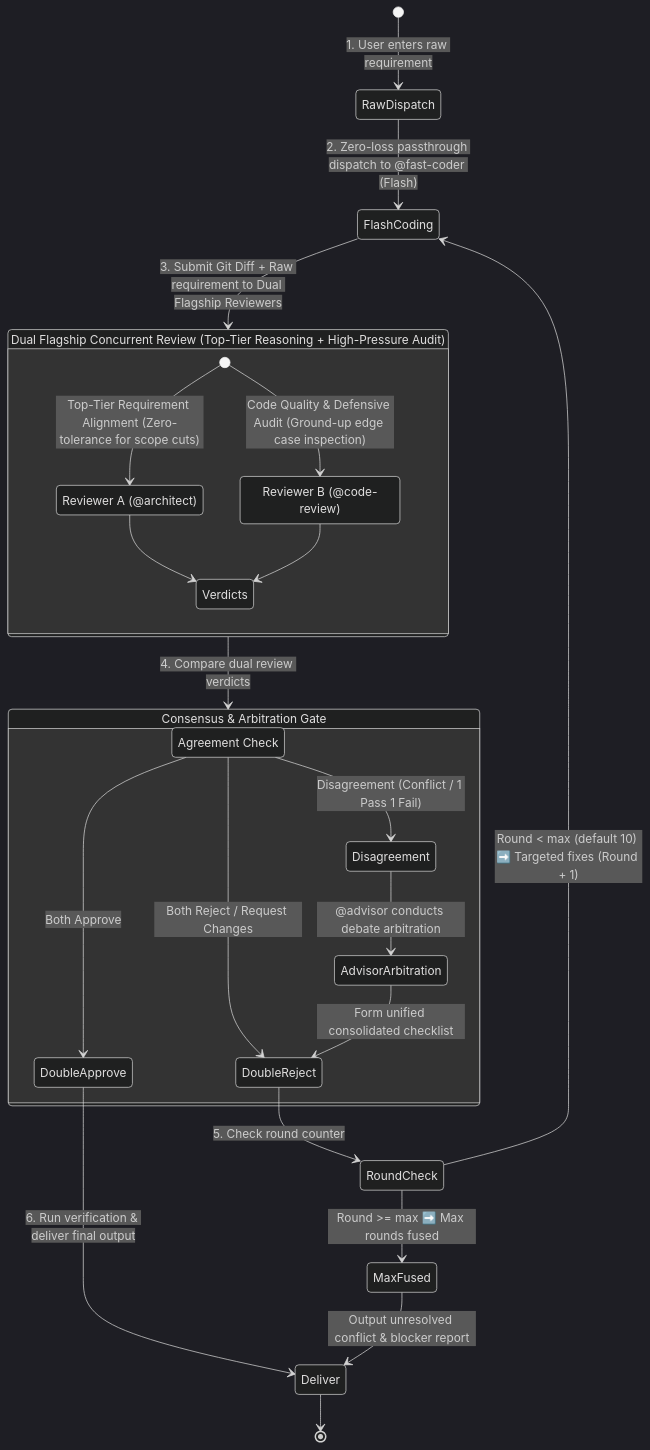
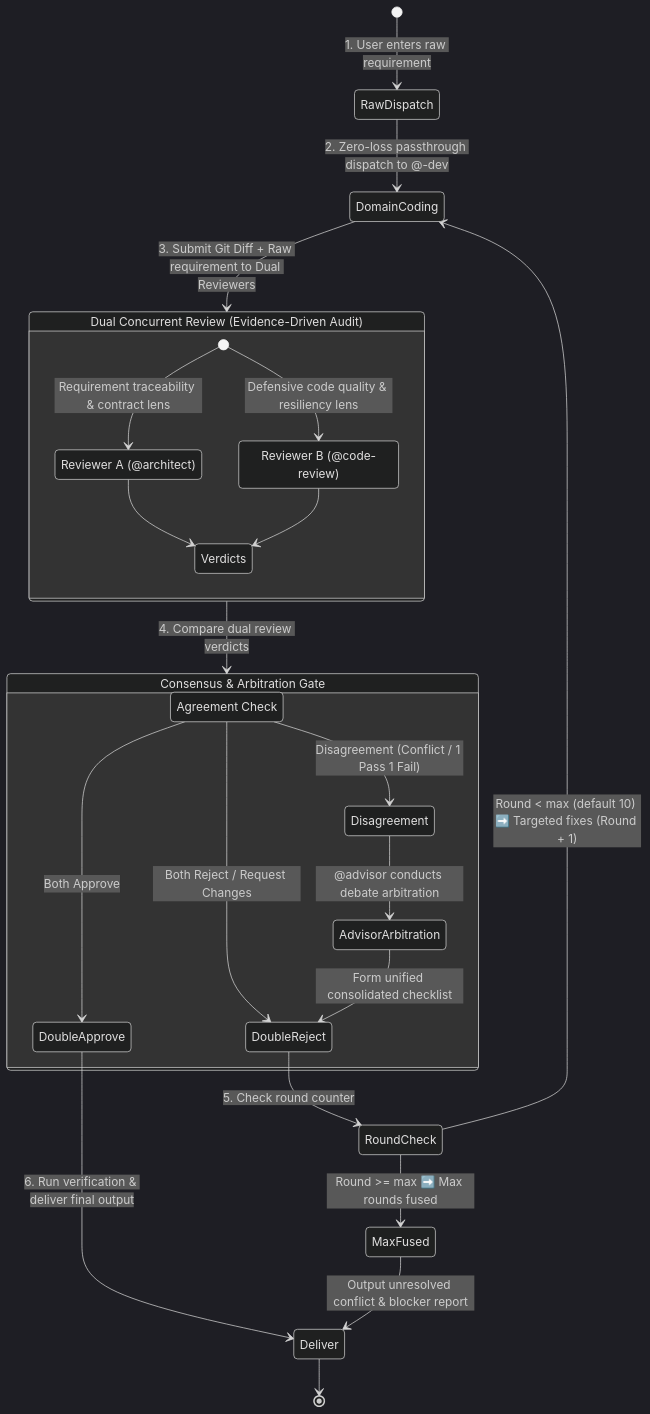
Before and after one commit to kenlin8827/opencode-config: the diagram in plugins/deep-dev/deep-dev.md, drawn with Mermaid (dark theme). The commit also changed other lines of this file and 40 other files, not shown here.

````diff
--- a/plugins/deep-dev/deep-dev.md
+++ b/plugins/deep-dev/deep-dev.md
@@ -11,34 +11,34 @@
 ```mermaid
 stateDiagram-v2
     [*] --> RawDispatch: 1. User enters raw requirement
-    RawDispatch --> FlashCoding: 2. Zero-loss passthrough dispatch to @fast-coder (Flash)
-    FlashCoding --> DualReview: 3. Submit Git Diff + Raw requirement to Dual Flagship Reviewers
+    RawDispatch --> DomainCoding: 2. Zero-loss passthrough dispatch to @<lang>-dev
+    DomainCoding --> DualReview: 3. Submit Git Diff + Raw requirement to Dual Reviewers
     
-    state "Dual Flagship Concurrent Review (Top-Tier Reasoning + High-Pressure Audit)" as DualReview {
+    state "Dual Concurrent Review (Evidence-Driven Audit)" as DualReview {
         state "Reviewer A (@architect)" as RevA
         state "Reviewer B (@code-review)" as RevB
-        [*] --> RevA: Top-Tier Requirement Alignment (Zero-tolerance for scope cuts)
-        [*] --> RevB: Code Quality & Defensive Audit (Ground-up edge case inspection)
+        [*] --> RevA: Requirement traceability & contract lens
+        [*] --> RevB: Defensive code quality & resiliency lens
         RevA --> Verdicts
         RevB --> Verdicts
     }
     
     DualReview --> ConsensusGate: 4. Compare dual review verdicts
     
     state "Consensus & Arbitration Gate" as ConsensusGate {
         state "Agreement Check" as AgreementCheck
         AgreementCheck --> DoubleApprove: Both Approve
         AgreementCheck --> DoubleReject: Both Reject / Request Changes
         AgreementCheck --> Disagreement: Disagreement (Conflict / 1 Pass 1 Fail)
         Disagreement --> AdvisorArbitration: @advisor conducts debate arbitration
         AdvisorArbitration --> DoubleReject: Form unified consolidated checklist
     }
     
     DoubleReject --> RoundCheck: 5. Check round counter
-    RoundCheck --> FlashCoding: Round < max (default 10) ➡️ Targeted fixes (Round + 1)
+    RoundCheck --> DomainCoding: Round < max (default 10) ➡️ Targeted fixes (Round + 1)
     RoundCheck --> MaxFused: Round >= max ➡️ Max rounds fused
     
     DoubleApprove --> Deliver: 6. Run verification & deliver final output
     MaxFused --> Deliver: Output unresolved conflict & blocker report
     Deliver --> [*]
 ```
````
